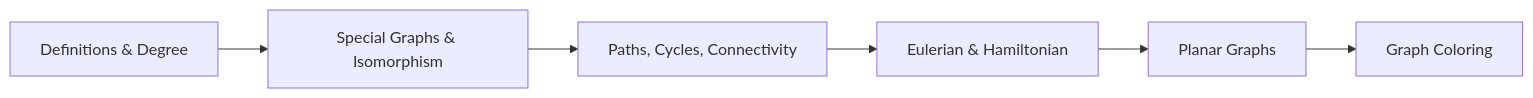
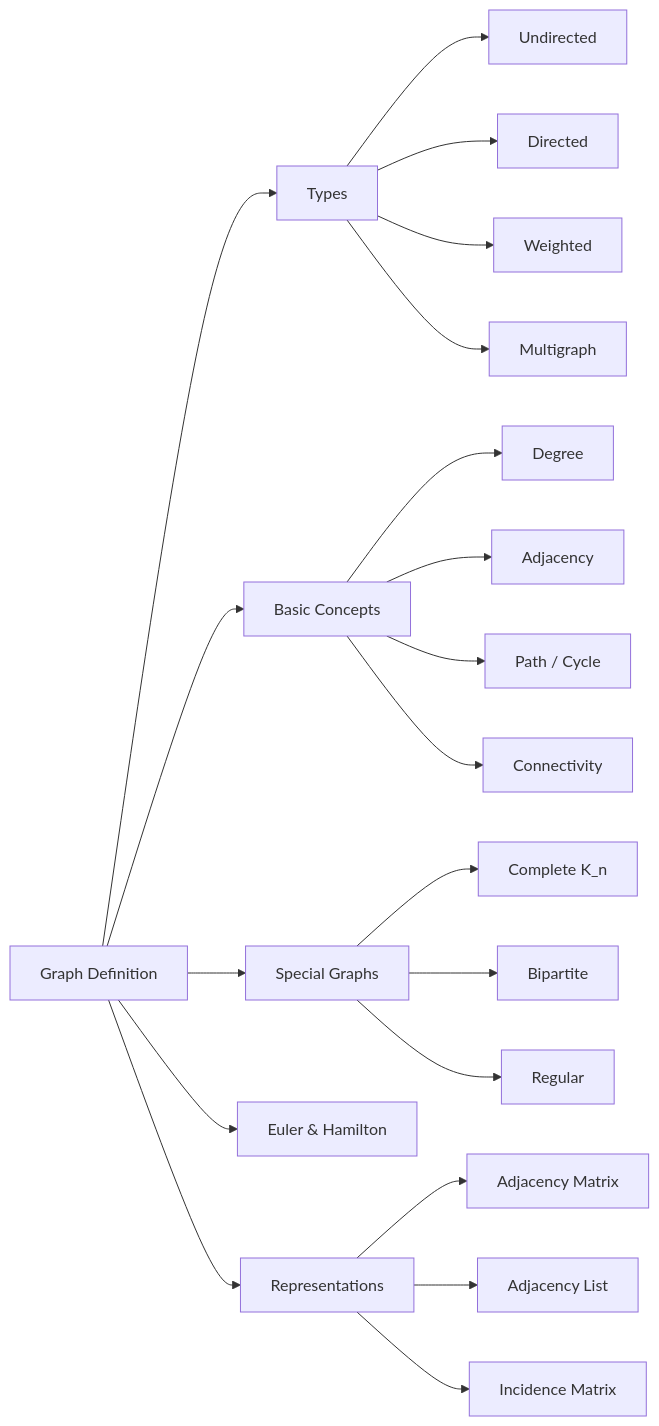
The diagram in docs/courses/discrete-mathematics/09-graph-theory.md (Raushan666java/ai-engineering-journey), drawn with Mermaid before and after one commit. The commit also changed other lines of this file and 62 other files, not shown here.

````diff
--- a/docs/courses/discrete-mathematics/09-graph-theory.md
+++ b/docs/courses/discrete-mathematics/09-graph-theory.md
@@ -32,8 +31,22 @@
 ```mermaid
 flowchart LR
-    A[Definitions & Degree] --> B[Special Graphs & Isomorphism]
-    B --> C[Paths, Cycles, Connectivity]
-    C --> D[Eulerian & Hamiltonian]
-    D --> E[Planar Graphs]
-    E --> F[Graph Coloring]
+    A[Graph Definition] --> B[Types]
+    B --> C[Undirected]
+    B --> D[Directed]
+    B --> E[Weighted]
+    B --> F[Multigraph]
+    A --> G[Basic Concepts]
+    G --> H[Degree]
+    G --> I[Adjacency]
+    G --> J[Path / Cycle]
+    G --> K[Connectivity]
+    A --> L[Special Graphs]
+    L --> M[Complete K_n]
+    L --> N[Bipartite]
+    L --> O[Regular]
+    A --> P[Euler & Hamilton]
+    A --> Q[Representations]
+    Q --> R[Adjacency Matrix]
+    Q --> S[Adjacency List]
+    Q --> T[Incidence Matrix]
 ```
````
